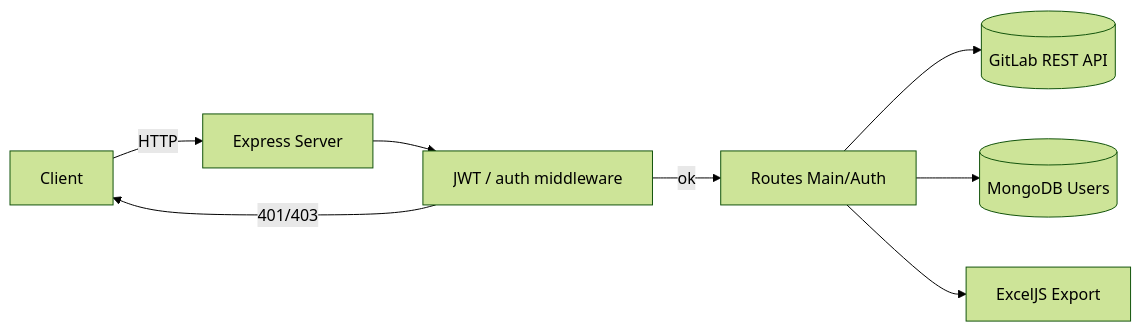
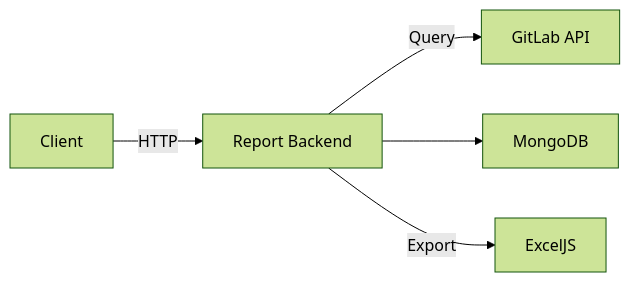
Before and after one commit to mehrab-shafae/gitlab-report-backend: the diagram in docs/architecture.md, drawn with Mermaid (forest theme). The commit also changed other lines of this file and 3 other files, not shown here.

````diff
--- a/docs/architecture.md
+++ b/docs/architecture.md
@@ -22,10 +6,7 @@
 ```mermaid
 flowchart LR
-    Client -->|HTTP| Express[Express Server]
-    Express --> Auth[JWT / auth middleware]
-    Auth -->|ok| Routers[Routes Main/Auth]
-    Routers --> GitLab[(GitLab REST API)]
-    Routers --> Mongo[(MongoDB Users)]
-    Routers --> Excel[ExcelJS Export]
-    Auth -->|401/403| Client
+  Client -->|HTTP| Report[Report Backend]
+  Report -->|Query| GitLab[GitLab API]
+  Report --> Mongo[MongoDB]
+  Report -->|Export| ExcelJS[ExcelJS]
 ```
````
